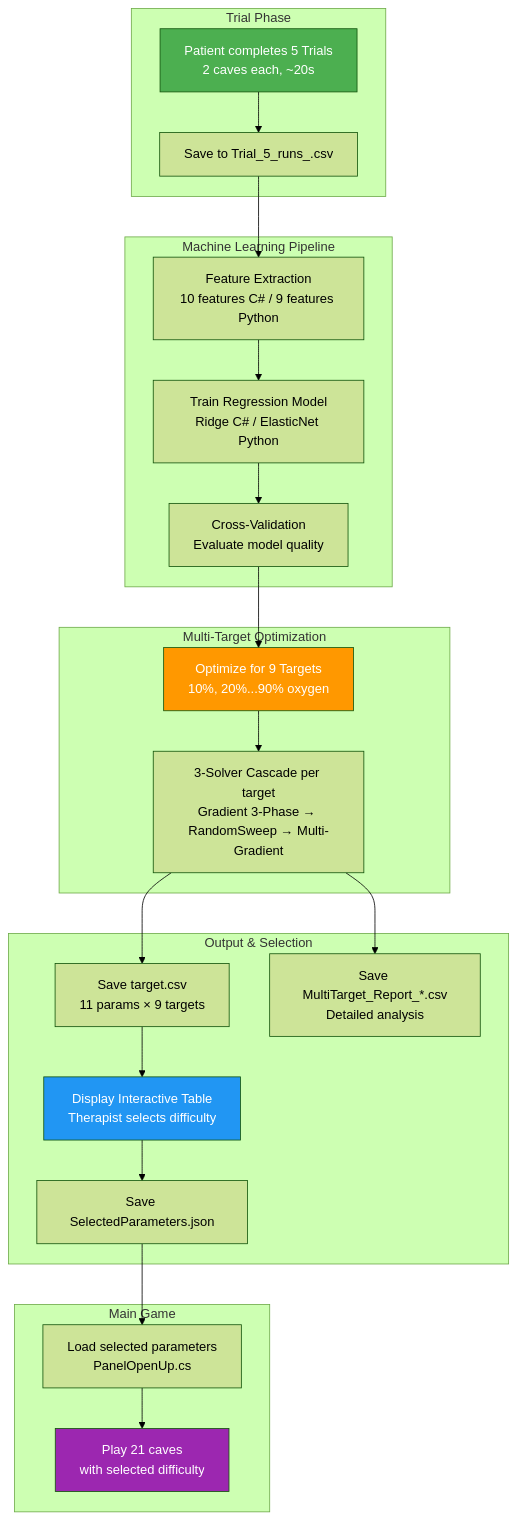
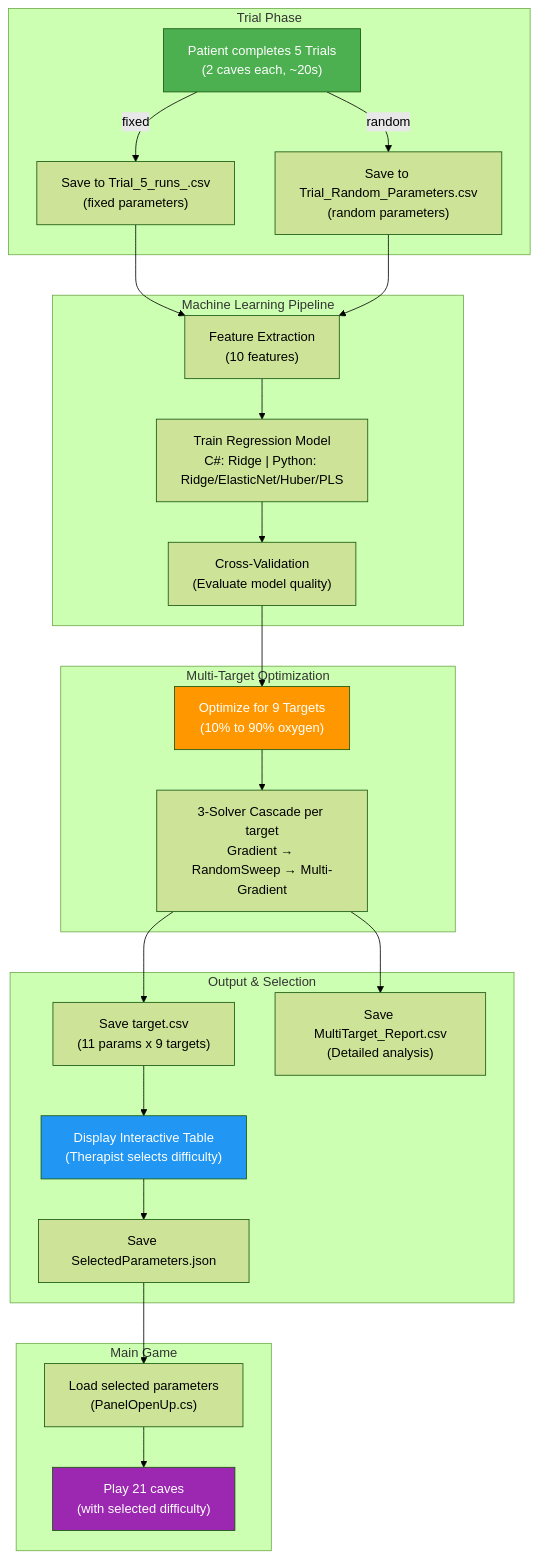
One commit to MHA-FinalProject/AquaGuardian changed the first of 6 diagrams in PROJECT_OVERVIEW.md. Above: the diagram before and after it, drawn with Mermaid (forest theme). The commit also changed other lines of this file and 716 other files, not shown here.

````diff
--- a/PROJECT_OVERVIEW.md
+++ b/PROJECT_OVERVIEW.md
@@ -89,39 +96,44 @@
 ```mermaid
 flowchart TB
     subgraph Trial["Trial Phase"]
-        A[Patient completes 5 Trials<br/>2 caves each, ~20s]
-        B[Save to Trial_5_runs_.csv]
+        A["Patient completes 5 Trials<br/>(2 caves each, ~20s)"]
+        B1["Save to Trial_5_runs_.csv<br/>(fixed parameters)"]
+        B2["Save to Trial_Random_Parameters.csv<br/>(random parameters)"]
     end
 
     subgraph ML["Machine Learning Pipeline"]
-        C[Feature Extraction<br/>10 features C# / 9 features Python]
-        D[Train Regression Model<br/>Ridge C# / ElasticNet Python]
-        E[Cross-Validation<br/>Evaluate model quality]
+        C["Feature Extraction<br/>(10 features)"]
+        D["Train Regression Model<br/>C#: Ridge | Python: Ridge/ElasticNet/Huber/PLS"]
+        E["Cross-Validation<br/>(Evaluate model quality)"]
     end
 
     subgraph MultiTarget["Multi-Target Optimization"]
-        F[Optimize for 9 Targets<br/>10%, 20%...90% oxygen]
-        G[3-Solver Cascade per target<br/>Gradient 3-Phase → RandomSweep → Multi-Gradient]
+        F["Optimize for 9 Targets<br/>(10% to 90% oxygen)"]
+        G["3-Solver Cascade per target<br/>Gradient → RandomSweep → Multi-Gradient"]
     end
 
     subgraph Output["Output & Selection"]
-        H[Save target.csv<br/>11 params × 9 targets]
-        I[Save MultiTarget_Report_*.csv<br/>Detailed analysis]
-        J[Display Interactive Table<br/>Therapist selects difficulty]
-        K[Save SelectedParameters.json]
+        H["Save target.csv<br/>(11 params x 9 targets)"]
+        I["Save MultiTarget_Report.csv<br/>(Detailed analysis)"]
+        J["Display Interactive Table<br/>(Therapist selects difficulty)"]
+        K["Save SelectedParameters.json"]
     end
 
     subgraph Game["Main Game"]
-        L[Load selected parameters<br/>PanelOpenUp.cs]
-        M[Play 21 caves<br/>with selected difficulty]
+        L["Load selected parameters<br/>(PanelOpenUp.cs)"]
+        M["Play 21 caves<br/>(with selected difficulty)"]
     end
 
-    A --> B --> C --> D --> E --> F --> G --> H
+    A -->|fixed| B1
+    A -->|random| B2
+    B1 --> C
+    B2 --> C
+    C --> D --> E --> F --> G --> H
     G --> I
     H --> J --> K --> L --> M
 
     style A fill:#4CAF50,color:#fff
     style F fill:#FF9800,color:#fff
     style J fill:#2196F3,color:#fff
     style M fill:#9C27B0,color:#fff
 ```
````
